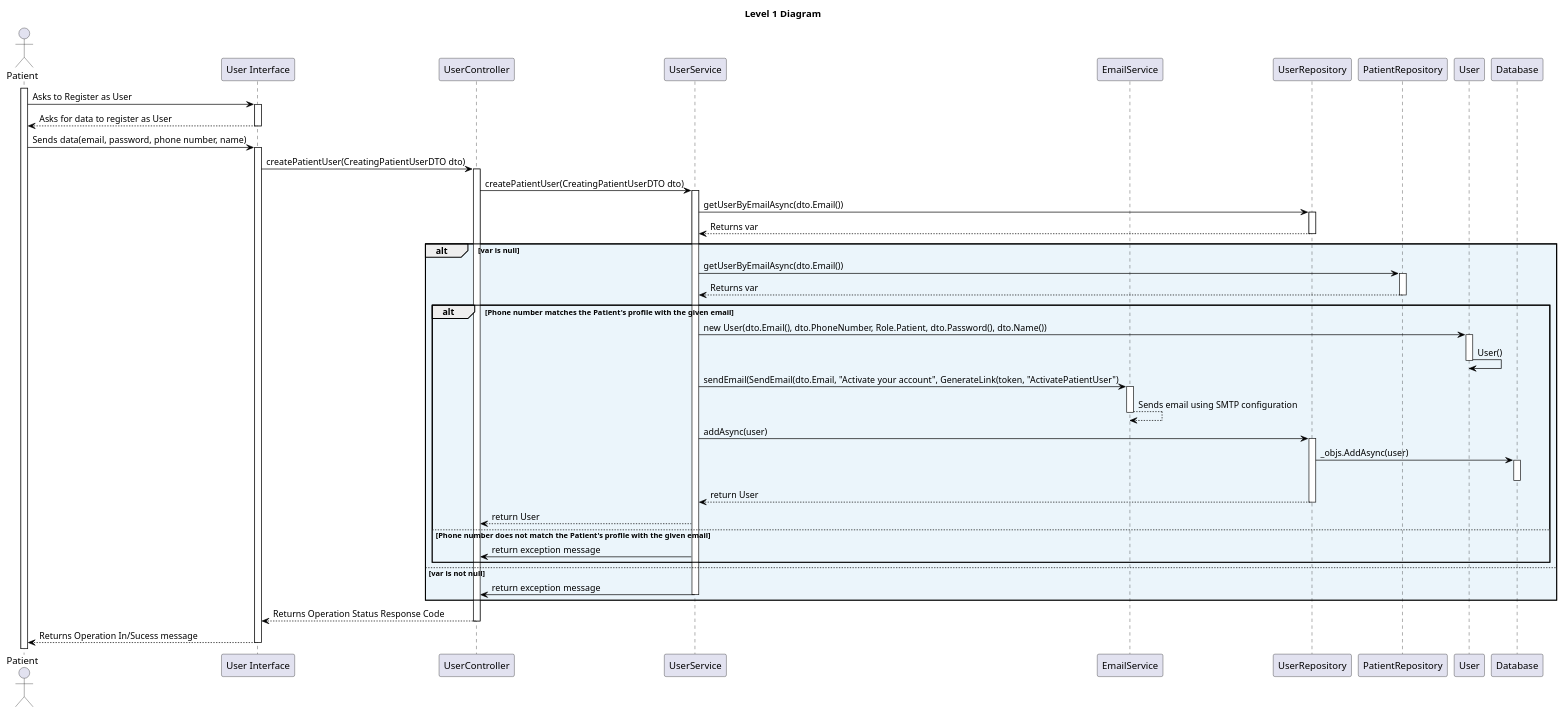
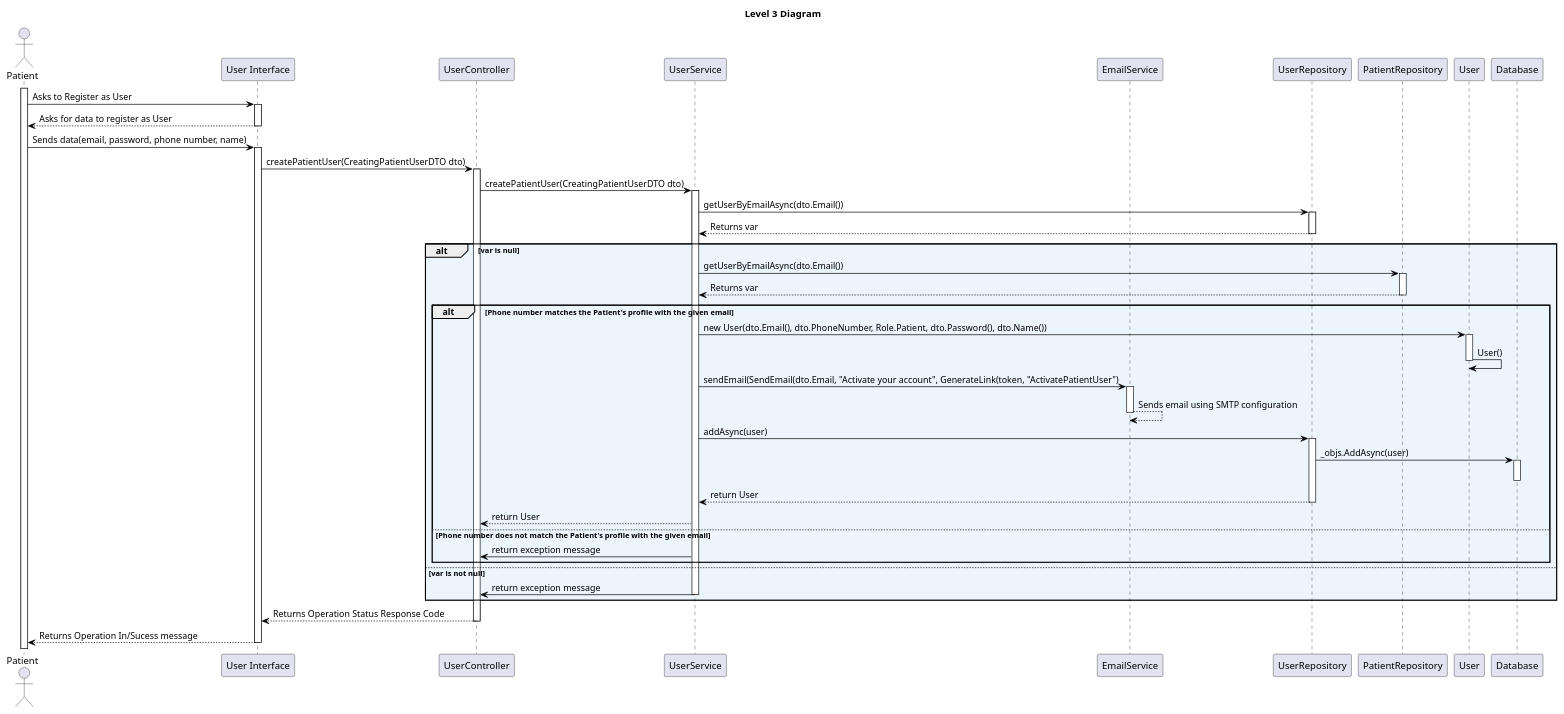
The diagram in docs/sprint_A/us_5.1.3/level_3/puml/level_3.puml (vscosousa/LAPR5_3DC_G15), drawn with PlantUML before and after one commit. The commit also changed 8 other files, not shown here.

```diff
--- a/docs/sprint_A/us_5.1.3/level_3/puml/level_3.puml
+++ b/docs/sprint_A/us_5.1.3/level_3/puml/level_3.puml
@@ -1,79 +1,79 @@
-@startuml level_1
+@startuml level_3
 
-title Level 1 Diagram
+title Level 3 Diagram
 
 hide empty members
 'skinparam Linetype ortho
 
 skinparam class {
     BackgroundColor<<valueObject>> #D6EAF8
     BackgroundColor<<root>> #FDEBD0
     BackgroundColor<<service>> #D1F2EB
     BackgroundColor #FEF9E7
     ArrowColor Black
 }
 
 skinparam package {
     BackgroundColor #EBF5FB
 }
 
 actor Patient as P
 participant "User Interface" as UI
 participant "UserController" as C
 participant "UserService" as S
 participant "EmailService" as ES
 participant "UserRepository" as R
 participant "PatientRepository" as PR
 participant "User" as U
 participant "Database" as DB
 
 activate P
 P -> UI: Asks to Register as User
 activate UI
 UI --> P: Asks for data to register as User
 deactivate UI
 P -> UI: Sends data(email, password, phone number, name)
 activate UI
 UI -> C: createPatientUser(CreatingPatientUserDTO dto)
 activate C
 C -> S: createPatientUser(CreatingPatientUserDTO dto)
 activate S
 S -> R: getUserByEmailAsync(dto.Email())
 activate R
 R --> S: Returns var
 deactivate R
 alt var is null
     S -> PR: getUserByEmailAsync(dto.Email())
     activate PR
     PR --> S: Returns var
     deactivate PR
     alt Phone number matches the Patient's profile with the given email
         S -> U: new User(dto.Email(), dto.PhoneNumber, Role.Patient, dto.Password(), dto.Name())
         activate U
         U -> U: User()
         deactivate U
         S -> ES: sendEmail(SendEmail(dto.Email, "Activate your account", GenerateLink(token, "ActivatePatientUser")
         activate ES
         ES --> ES: Sends email using SMTP configuration
         deactivate ES
         S -> R: addAsync(user)
         activate R
         R -> DB: _objs.AddAsync(user)
         activate DB
         deactivate DB
         R --> S: return User
         deactivate R
         S --> C: return User
     else Phone number does not match the Patient's profile with the given email
         S -> C: return exception message
     end
 else var is not null
     S -> C: return exception message
     deactivate S
 end
 C --> UI: Returns Operation Status Response Code
 deactivate C
 UI --> P: Returns Operation In/Sucess message
 deactivate UI
 
 @enduml
```
